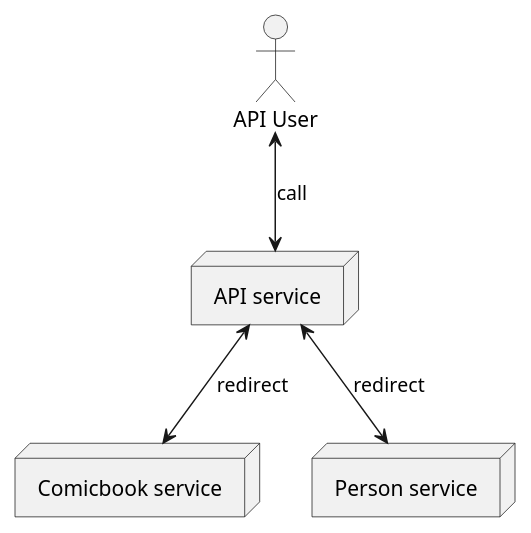
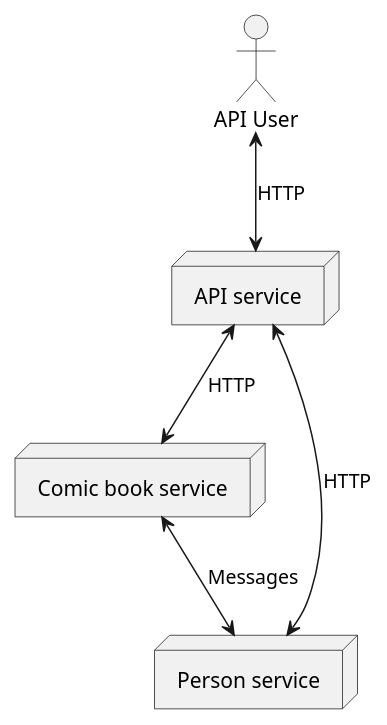
One commit to skermabon/kickoff-2019 changed the diagram in mn/backend/comicbook/src/main/doc/services.puml. Above: the diagram before and after it, drawn with PlantUML. The commit also changed 15 other files, not shown here.

```diff
--- a/mn/backend/comicbook/src/main/doc/services.puml
+++ b/mn/backend/comicbook/src/main/doc/services.puml
@@ -1,13 +1,14 @@
 @startuml
 
 actor "API User" as API_USER
 
 node "API service" as API
-node "Comicbook service" as COMICBOOK
+node "Comic book service" as COMICBOOK
 node "Person service" as PERSON
 
-API_USER <--> API : call
-API <--> COMICBOOK : redirect
-API <--> PERSON : redirect
+API_USER <--> API : HTTP
+API <--> COMICBOOK : HTTP
+API <--> PERSON : HTTP
+COMICBOOK <--> PERSON : Messages
 
 @enduml
```
